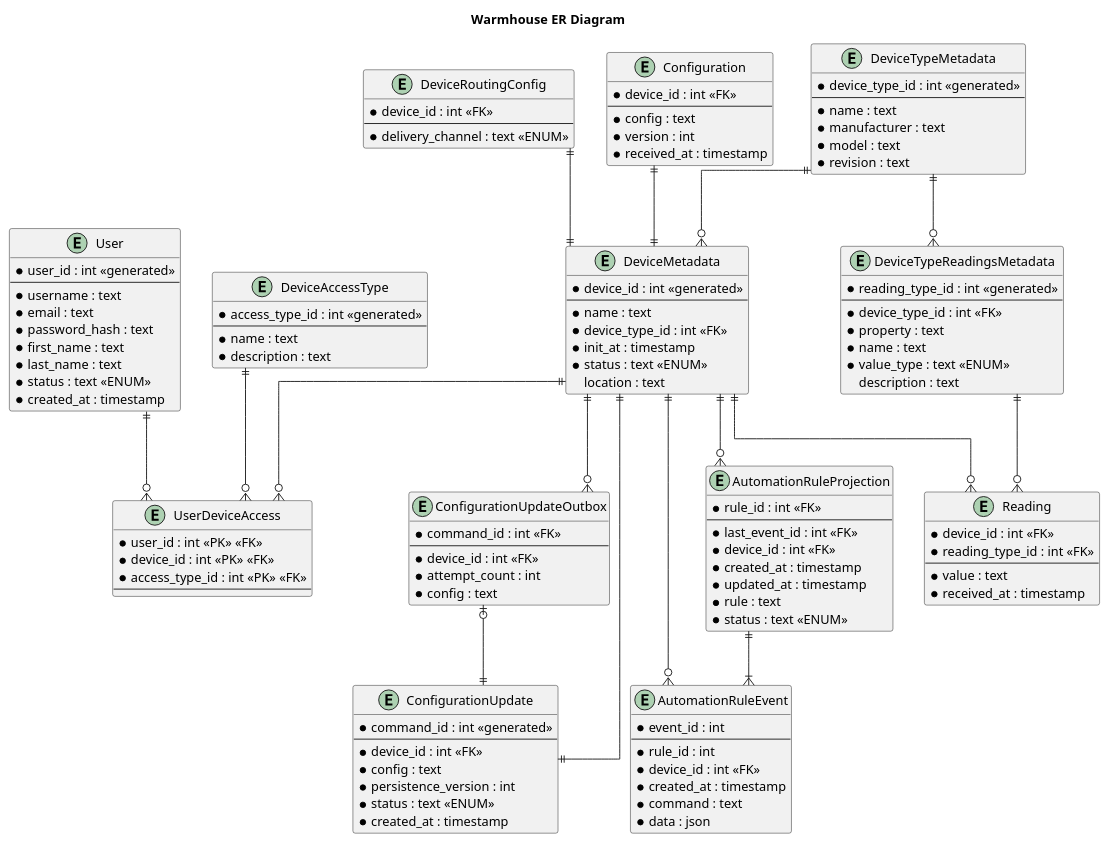
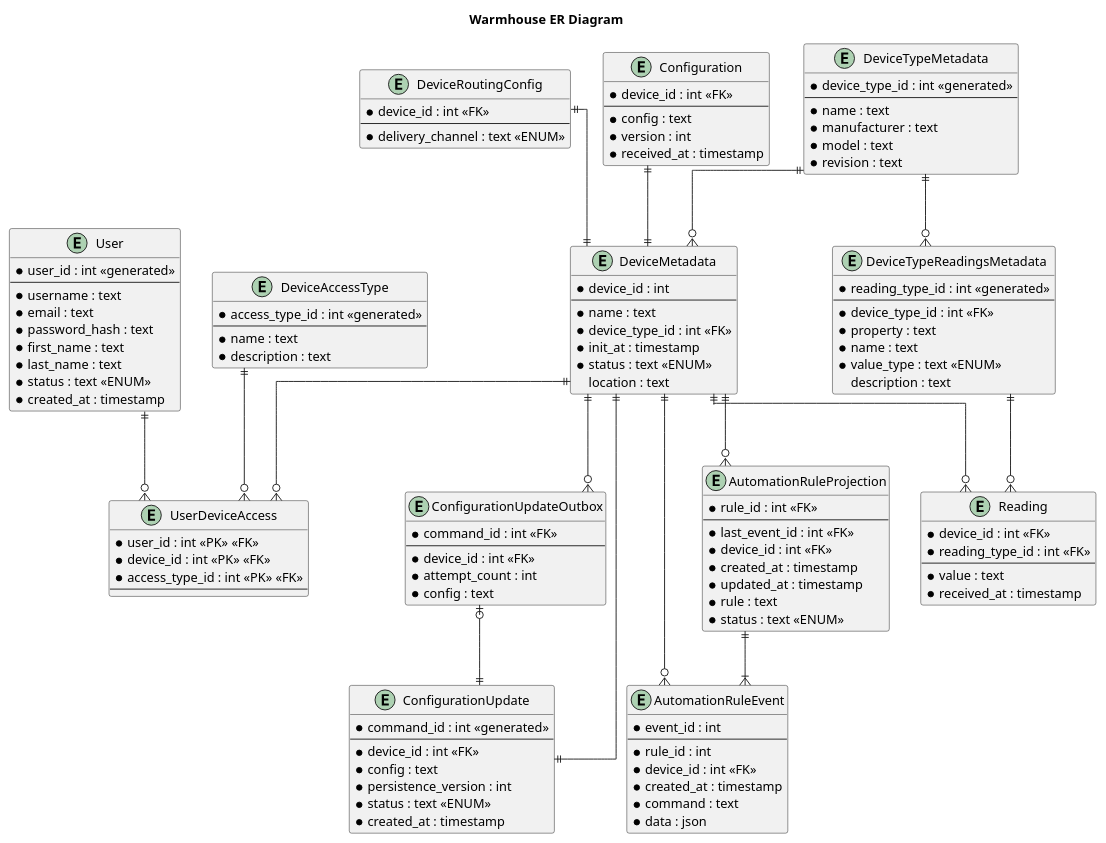
The diagram in schemas/er/C4_er.puml (oleg088097/architecture-pro-warmhouse), drawn with PlantUML before and after one commit.

Commit message:
fix(task3): remove generated from device_id

```diff
--- a/schemas/er/C4_er.puml
+++ b/schemas/er/C4_er.puml
@@ -1,159 +1,159 @@
 @startuml
 
 skinparam linetype ortho
 
 title Warmhouse ER Diagram
 
 ' Auth Database
 
 entity User {
     * user_id : int <<generated>>
     --
     * username : text
     * email : text
     * password_hash : text
     * first_name : text
     * last_name : text
     * status : text <<ENUM>>
     * created_at : timestamp
 }
 
 ' Device Access Database
 
 entity DeviceAccessType {
     * access_type_id : int <<generated>>
     --
     * name : text
     * description : text
 }
 
 entity UserDeviceAccess {
     * user_id : int <<PK>> <<FK>>
     * device_id : int <<PK>> <<FK>>
     * access_type_id : int <<PK>> <<FK>>
     --
 }
 
 ' Device Metadata Database
 
 entity DeviceTypeMetadata {
     * device_type_id : int <<generated>>
     --
     * name : text
     * manufacturer : text
     * model : text
     * revision : text
 }
 
 entity DeviceTypeReadingsMetadata {
     * reading_type_id : int <<generated>>
     --
     * device_type_id : int <<FK>>
     * property : text
     * name : text
     * value_type : text <<ENUM>>
     description : text
 }
 
 entity DeviceMetadata {
-    * device_id : int <<generated>>
+    * device_id : int
     --
     * name : text
     * device_type_id : int <<FK>>
     * init_at : timestamp
     * status : text <<ENUM>>
     location : text
 }
 
 ' Device Route Database
 
 entity DeviceRoutingConfig {
     * device_id : int <<FK>>
     --
     * delivery_channel : text <<ENUM>>
 }
 
 
 ' Device Configuration Database
 
 entity Configuration {
     * device_id : int <<FK>>
     --
     * config : text
     * version : int
     * received_at : timestamp
 }
 
 entity ConfigurationUpdate {
     * command_id : int <<generated>>
     --
     * device_id : int <<FK>>
     * config : text
     * persistence_version : int
     * status : text <<ENUM>>
     * created_at : timestamp
 }
 
 entity ConfigurationUpdateOutbox {
     * command_id : int <<FK>>
     --
     * device_id : int <<FK>>
     * attempt_count : int
     * config : text
 }
 
 ' Readings Database
 
 entity Reading {
     * device_id : int <<FK>>
     * reading_type_id : int <<FK>>
     --
     * value : text
     * received_at : timestamp
 }
 
 ' Automation Rule Database
 
 entity AutomationRuleEvent {
     * event_id : int
     --
     * rule_id : int
     * device_id : int <<FK>>
     * created_at : timestamp
     * command : text
     * data : json
 }
 
 entity AutomationRuleProjection {
     * rule_id : int <<FK>>
     --
     * last_event_id : int <<FK>>
     * device_id : int <<FK>>
     * created_at : timestamp
     * updated_at : timestamp
     * rule : text
     * status : text <<ENUM>>
 }
 
 User ||--o{ UserDeviceAccess
 DeviceAccessType ||--o{ UserDeviceAccess
 DeviceMetadata ||--o{ UserDeviceAccess
 
 DeviceTypeMetadata ||--o{ DeviceTypeReadingsMetadata
 DeviceTypeMetadata ||--o{ DeviceMetadata
 
 DeviceRoutingConfig ||--|| DeviceMetadata
 
 Configuration ||--|| DeviceMetadata
 ConfigurationUpdate ||--|| DeviceMetadata
 ConfigurationUpdateOutbox |o--|| ConfigurationUpdate
 DeviceMetadata ||--o{ ConfigurationUpdateOutbox
 
 DeviceMetadata ||--o{ Reading
 DeviceTypeReadingsMetadata ||--o{ Reading
 
 AutomationRuleProjection ||--|{ AutomationRuleEvent
 DeviceMetadata ||--o{ AutomationRuleProjection
 DeviceMetadata ||--o{ AutomationRuleEvent
 
 @enduml
```
